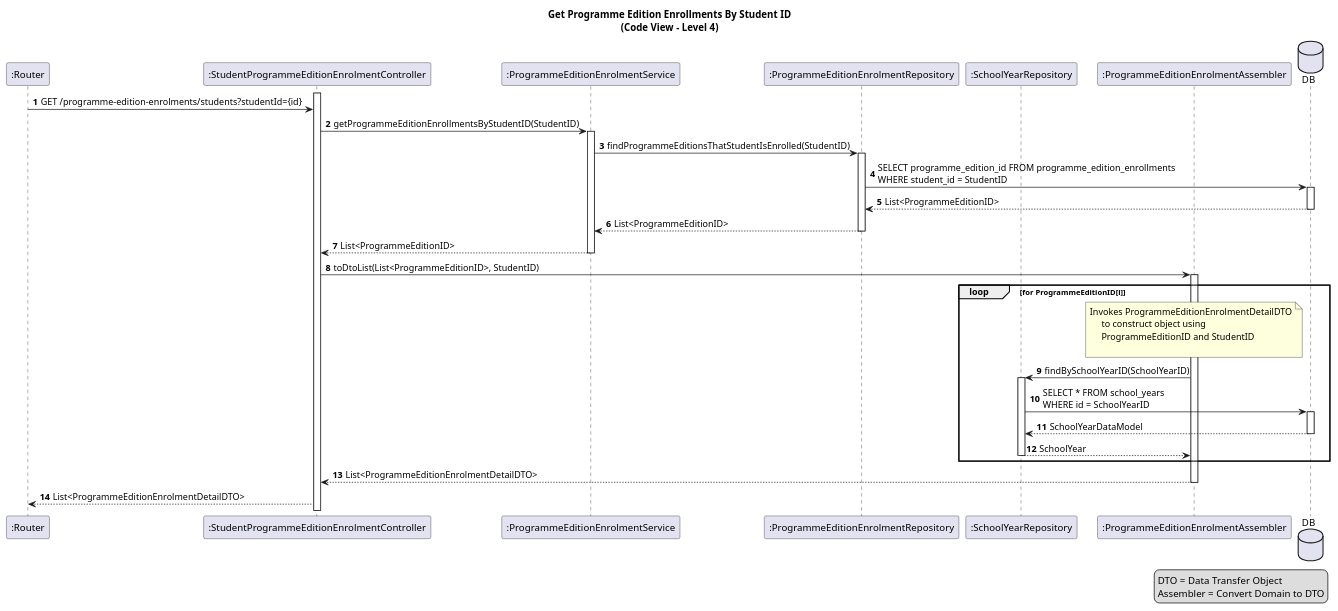
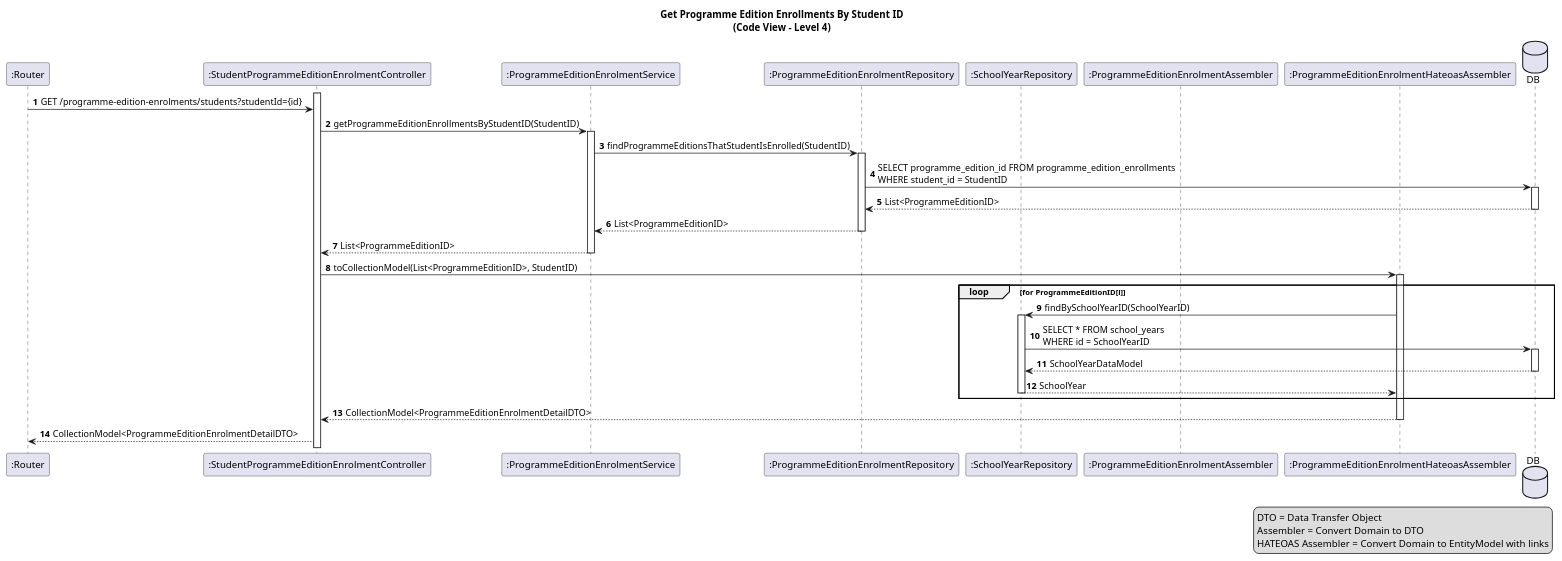
Before and after one commit to GasparISEP/DevOps-PAI: the diagram in docs/US16/sprint6_RestController/process_view/references/GetProgrammeEditionsByStudentId.puml, drawn with PlantUML. The commit also changed 1 other file, not shown here.

Commit message:
docs: Add HateoasAssembler to process view diagrams for CourseEdition and ProgrammeEdition, enhancing response structure with CollectionModel and links. refs #659

```diff
--- a/docs/US16/sprint6_RestController/process_view/references/GetProgrammeEditionsByStudentId.puml
+++ b/docs/US16/sprint6_RestController/process_view/references/GetProgrammeEditionsByStudentId.puml
@@ -1,47 +1,42 @@
 @startuml
 title: Get Programme Edition Enrollments By Student ID\n(Code View - Level 4)
 
 autonumber
 
 participant ":Router" as router
 participant ":StudentProgrammeEditionEnrolmentController" as peeCtrl
 activate peeCtrl
 participant ":ProgrammeEditionEnrolmentService" as peeService
 participant ":ProgrammeEditionEnrolmentRepository" as peeRepo
 participant ":SchoolYearRepository" as syRepo
 participant ":ProgrammeEditionEnrolmentAssembler" as peeAssembler
+participant ":ProgrammeEditionEnrolmentHateoasAssembler" as peeHateoasAssembler
 database DB
 
 router -> peeCtrl: GET /programme-edition-enrolments/students?studentId={id}
 peeCtrl -> peeService ++: getProgrammeEditionEnrollmentsByStudentID(StudentID)
 peeService -> peeRepo ++: findProgrammeEditionsThatStudentIsEnrolled(StudentID)
 peeRepo -> DB ++: SELECT programme_edition_id FROM programme_edition_enrollments\nWHERE student_id = StudentID
 DB --> peeRepo --: List<ProgrammeEditionID>
 
 peeRepo --> peeService --: List<ProgrammeEditionID>
 peeService --> peeCtrl --: List<ProgrammeEditionID>
 
-peeCtrl -> peeAssembler ++: toDtoList(List<ProgrammeEditionID>, StudentID)
+peeCtrl -> peeHateoasAssembler ++: toCollectionModel(List<ProgrammeEditionID>, StudentID)
 
-loop for ProgrammeEditionID[i]
-    note over of peeAssembler
-        Invokes ProgrammeEditionEnrolmentDetailDTO
-             to construct object using
-             ProgrammeEditionID and StudentID
-            
-    end note
-    
-    peeAssembler -> syRepo ++: findBySchoolYearID(SchoolYearID)
+loop for ProgrammeEditionID[i]  
+    peeHateoasAssembler -> syRepo ++: findBySchoolYearID(SchoolYearID)
     syRepo -> DB ++: SELECT * FROM school_years\nWHERE id = SchoolYearID
     DB --> syRepo --: SchoolYearDataModel
-    syRepo --> peeAssembler --: SchoolYear
+    syRepo --> peeHateoasAssembler --: SchoolYear
 end
-peeAssembler --> peeCtrl --: List<ProgrammeEditionEnrolmentDetailDTO>
-peeCtrl --> router: List<ProgrammeEditionEnrolmentDetailDTO>
+peeHateoasAssembler --> peeCtrl --: CollectionModel<ProgrammeEditionEnrolmentDetailDTO>
+peeCtrl --> router: CollectionModel<ProgrammeEditionEnrolmentDetailDTO>
 
 legend right
   DTO = Data Transfer Object
   Assembler = Convert Domain to DTO
+  HATEOAS Assembler = Convert Domain to EntityModel with links
 end legend
 
-@enduml 
+@enduml
```
